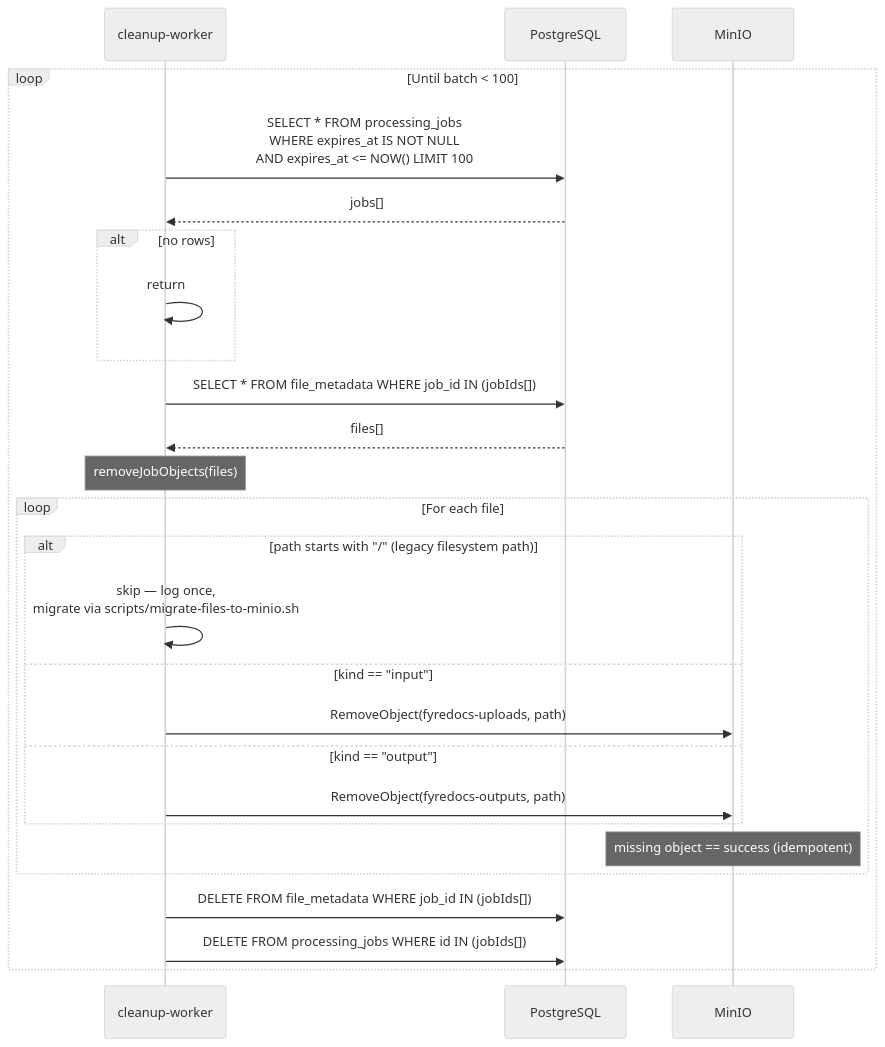
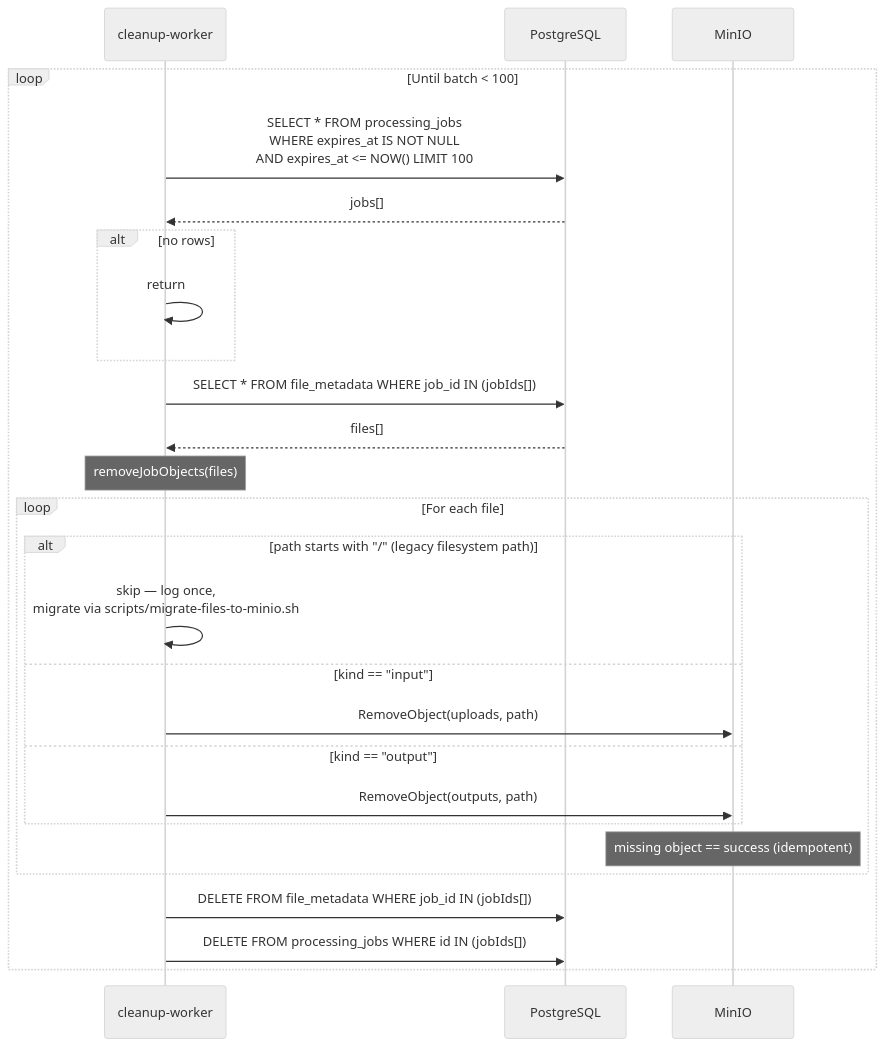
One commit to Prachidubey2003/fyredocs_backend changed the second of 7 diagrams in docs/developer/mermaid/service-cleanup-worker-sequence.md. Above: the diagram before and after it, drawn with Mermaid (neutral theme). The commit also changed other lines of this file and 28 other files, not shown here.

````diff
--- a/docs/developer/mermaid/service-cleanup-worker-sequence.md
+++ b/docs/developer/mermaid/service-cleanup-worker-sequence.md
@@ -47,33 +47,33 @@
 ```mermaid
 sequenceDiagram
     participant CW as cleanup-worker
     participant PG as PostgreSQL
     participant S3 as MinIO
 
     loop Until batch < 100
         CW->>PG: SELECT * FROM processing_jobs<br/>WHERE expires_at IS NOT NULL<br/>AND expires_at <= NOW() LIMIT 100
         PG-->>CW: jobs[]
 
         alt no rows
             CW->>CW: return
         end
 
         CW->>PG: SELECT * FROM file_metadata WHERE job_id IN (jobIds[])
         PG-->>CW: files[]
 
         Note over CW: removeJobObjects(files)
         loop For each file
             alt path starts with "/" (legacy filesystem path)
                 CW->>CW: skip — log once,<br/>migrate via scripts/migrate-files-to-minio.sh
             else kind == "input"
-                CW->>S3: RemoveObject(fyredocs-uploads, path)
+                CW->>S3: RemoveObject(uploads, path)
             else kind == "output"
-                CW->>S3: RemoveObject(fyredocs-outputs, path)
+                CW->>S3: RemoveObject(outputs, path)
             end
             Note over S3: missing object == success (idempotent)
         end
 
         CW->>PG: DELETE FROM file_metadata WHERE job_id IN (jobIds[])
         CW->>PG: DELETE FROM processing_jobs WHERE id IN (jobIds[])
     end
 ```
````
